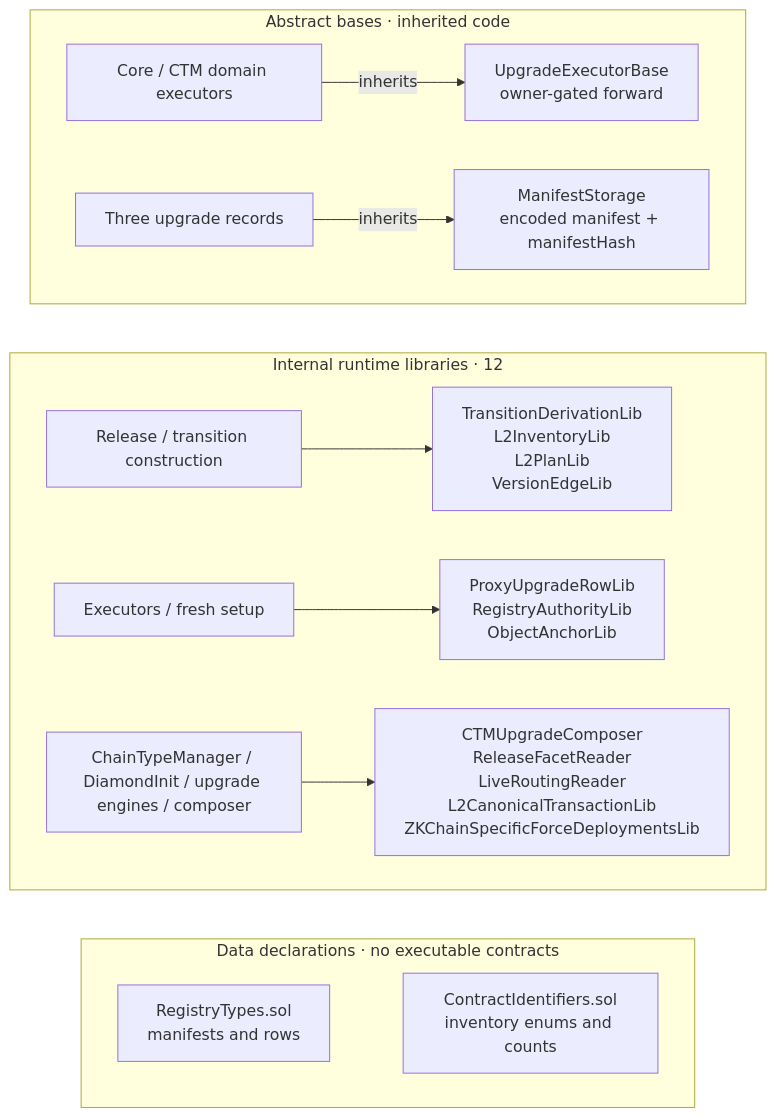
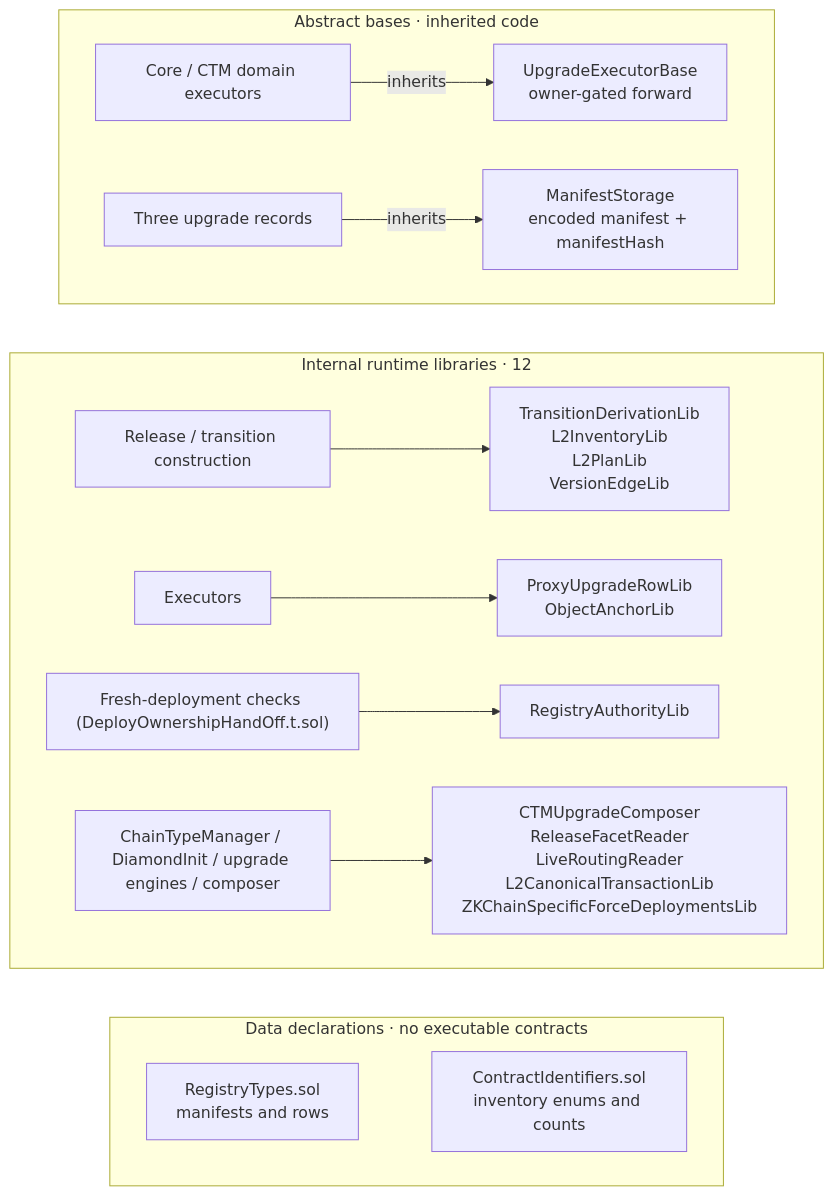
Before and after one commit to matter-labs/era-contracts: the second of 3 diagrams in README.md, drawn with Mermaid. The commit also changed 14 other files, not shown here.

````diff
--- a/README.md
+++ b/README.md
@@ -104,32 +104,35 @@
 ```mermaid
 flowchart TB
     subgraph BASES["Abstract bases · inherited code"]
         direction LR
         DOMAINCALLER["Core / CTM domain executors"]
         RECORDS["Three upgrade records"]
         UBASE["UpgradeExecutorBase<br/>owner-gated forward"]
         MBASE["ManifestStorage<br/>encoded manifest + manifestHash"]
         DOMAINCALLER -->|"inherits"| UBASE
         RECORDS -->|"inherits"| MBASE
     end
     subgraph HELPERS["Internal runtime libraries · 12"]
         direction LR
         DERIVECALLERS["Release / transition construction"]
-        APPLYCALLERS["Executors / fresh setup"]
+        APPLYCALLERS["Executors"]
+        SHAPECALLERS["Fresh-deployment checks (DeployOwnershipHandOff.t.sol)"]
         CHAINCALLERS["ChainTypeManager / DiamondInit / upgrade engines / composer"]
         DERIVE["TransitionDerivationLib<br/>L2InventoryLib<br/>L2PlanLib<br/>VersionEdgeLib"]
-        APPLY["ProxyUpgradeRowLib<br/>RegistryAuthorityLib<br/>ObjectAnchorLib"]
+        APPLY["ProxyUpgradeRowLib<br/>ObjectAnchorLib"]
+        SHAPE["RegistryAuthorityLib"]
         CHAINCODE["CTMUpgradeComposer<br/>ReleaseFacetReader<br/>LiveRoutingReader<br/>L2CanonicalTransactionLib<br/>ZKChainSpecificForceDeploymentsLib"]
         DERIVECALLERS --> DERIVE
         APPLYCALLERS --> APPLY
+        SHAPECALLERS --> SHAPE
         CHAINCALLERS --> CHAINCODE
     end
     subgraph DATA["Data declarations · no executable contracts"]
         direction LR
         TYPES["RegistryTypes.sol<br/>manifests and rows"]
         IDS["ContractIdentifiers.sol<br/>inventory enums and counts"]
         TYPES ~~~ IDS
     end
     BASES ~~~ HELPERS
     HELPERS ~~~ DATA
 ```
````
